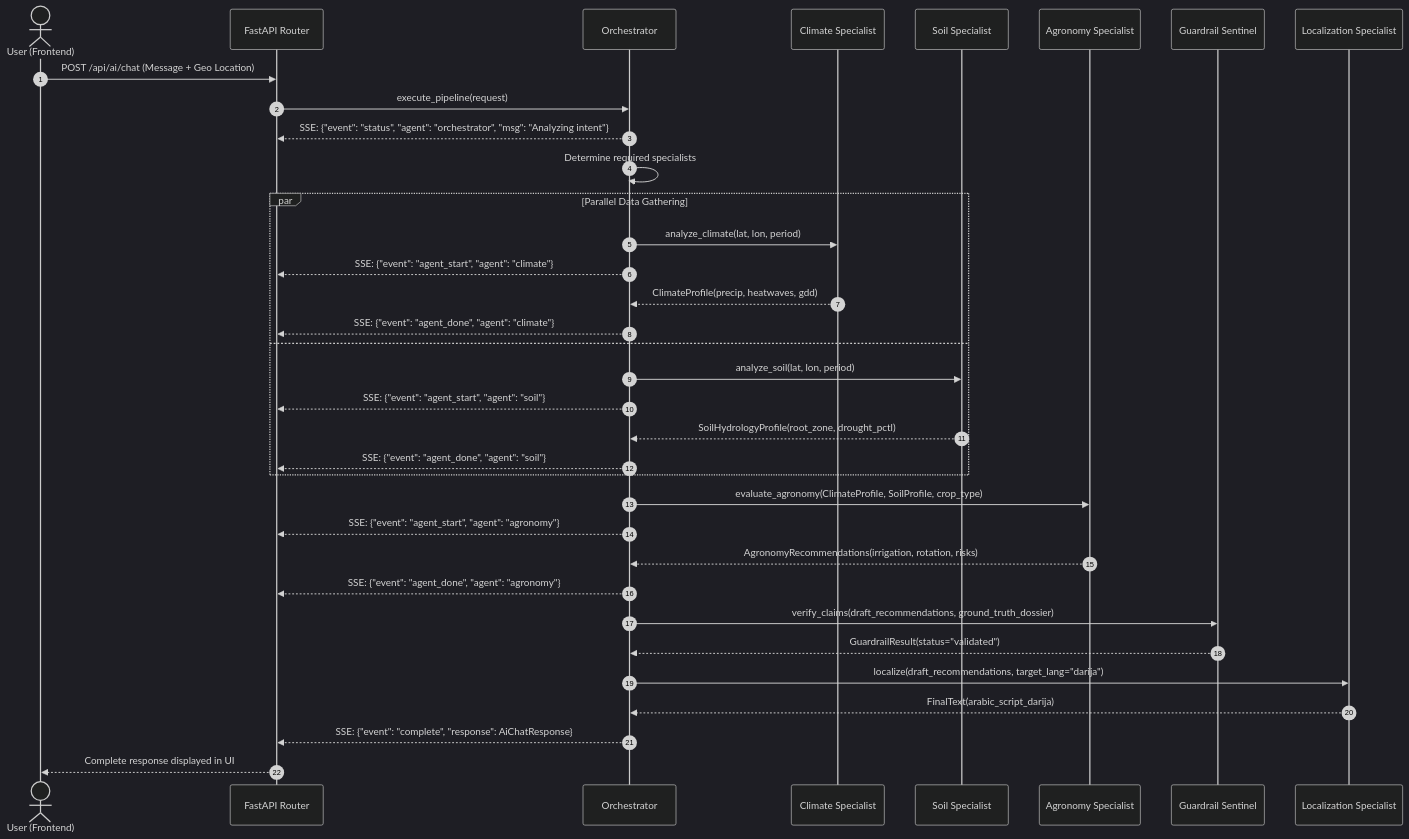
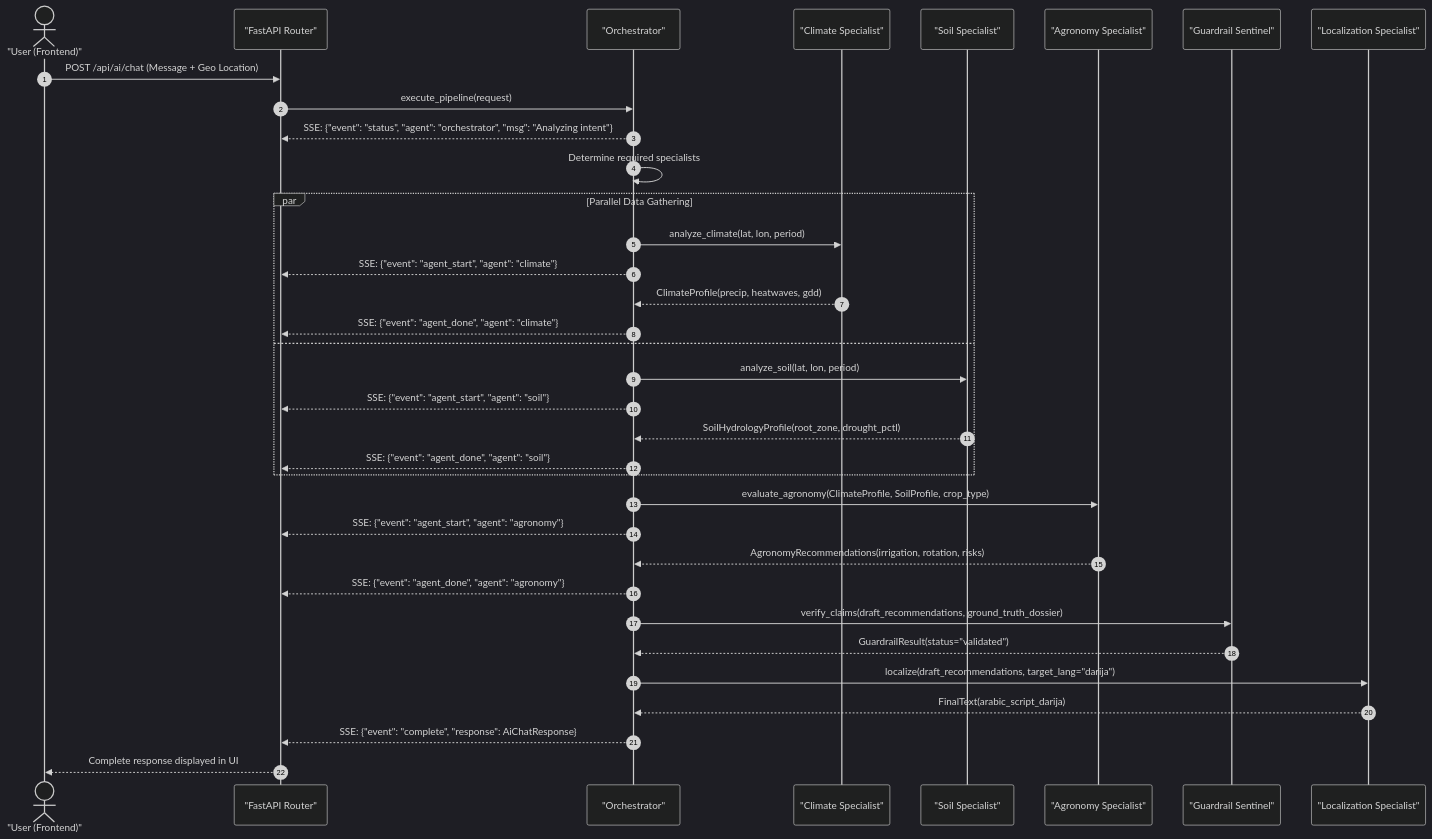
The second of 2 diagrams in docs/AI_ORCHESTRATOR_SUBAGENTS.md (zoubaax/Nasa-space-apps), drawn with Mermaid (dark theme) before and after one commit. The commit also changed other lines of this file and 6 other files, not shown here.

Commit message:
refactor: quote mermaid node labels and fix subgraph identifiers in documentation

````diff
--- a/docs/AI_ORCHESTRATOR_SUBAGENTS.md
+++ b/docs/AI_ORCHESTRATOR_SUBAGENTS.md
@@ -119,44 +119,44 @@
 ```mermaid
 sequenceDiagram
     autonumber
-    actor Farmer as User (Frontend)
-    participant API as FastAPI Router
-    participant Orch as Orchestrator
-    participant Climate as Climate Specialist
-    participant Soil as Soil Specialist
-    participant Agro as Agronomy Specialist
-    participant Guard as Guardrail Sentinel
-    participant Local as Localization Specialist
+    actor Farmer as "User (Frontend)"
+    participant API as "FastAPI Router"
+    participant Orch as "Orchestrator"
+    participant Climate as "Climate Specialist"
+    participant Soil as "Soil Specialist"
+    participant Agro as "Agronomy Specialist"
+    participant Guard as "Guardrail Sentinel"
+    participant Local as "Localization Specialist"
 
     Farmer->>API: POST /api/ai/chat (Message + Geo Location)
     API->>Orch: execute_pipeline(request)
     
     Orch-->>API: SSE: {"event": "status", "agent": "orchestrator", "msg": "Analyzing intent"}
     Orch->>Orch: Determine required specialists
     
     par Parallel Data Gathering
         Orch->>Climate: analyze_climate(lat, lon, period)
         Orch-->>API: SSE: {"event": "agent_start", "agent": "climate"}
         Climate-->>Orch: ClimateProfile(precip, heatwaves, gdd)
         Orch-->>API: SSE: {"event": "agent_done", "agent": "climate"}
     and
         Orch->>Soil: analyze_soil(lat, lon, period)
         Orch-->>API: SSE: {"event": "agent_start", "agent": "soil"}
         Soil-->>Orch: SoilHydrologyProfile(root_zone, drought_pctl)
         Orch-->>API: SSE: {"event": "agent_done", "agent": "soil"}
     end
 
     Orch->>Agro: evaluate_agronomy(ClimateProfile, SoilProfile, crop_type)
     Orch-->>API: SSE: {"event": "agent_start", "agent": "agronomy"}
     Agro-->>Orch: AgronomyRecommendations(irrigation, rotation, risks)
     Orch-->>API: SSE: {"event": "agent_done", "agent": "agronomy"}
 
     Orch->>Guard: verify_claims(draft_recommendations, ground_truth_dossier)
     Guard-->>Orch: GuardrailResult(status="validated")
 
     Orch->>Local: localize(draft_recommendations, target_lang="darija")
     Local-->>Orch: FinalText(arabic_script_darija)
 
     Orch-->>API: SSE: {"event": "complete", "response": AiChatResponse}
     API-->>Farmer: Complete response displayed in UI
 ```
````
